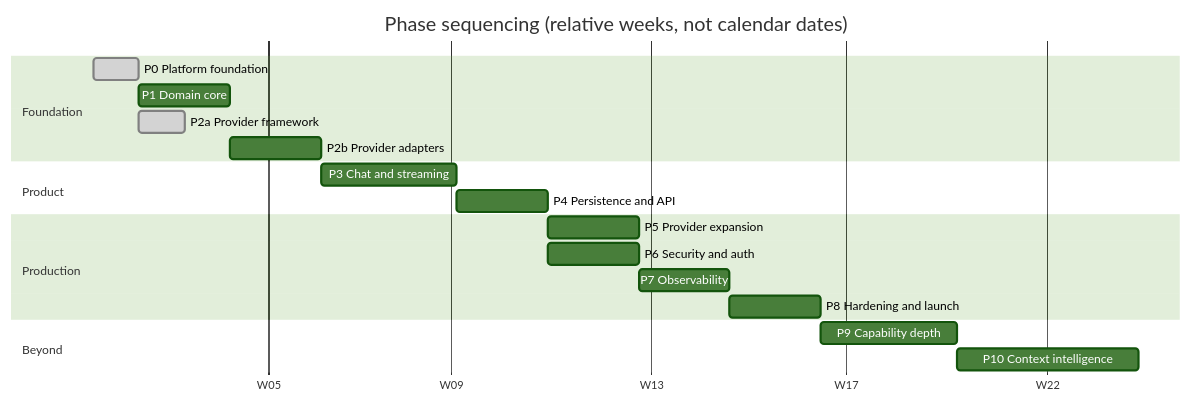
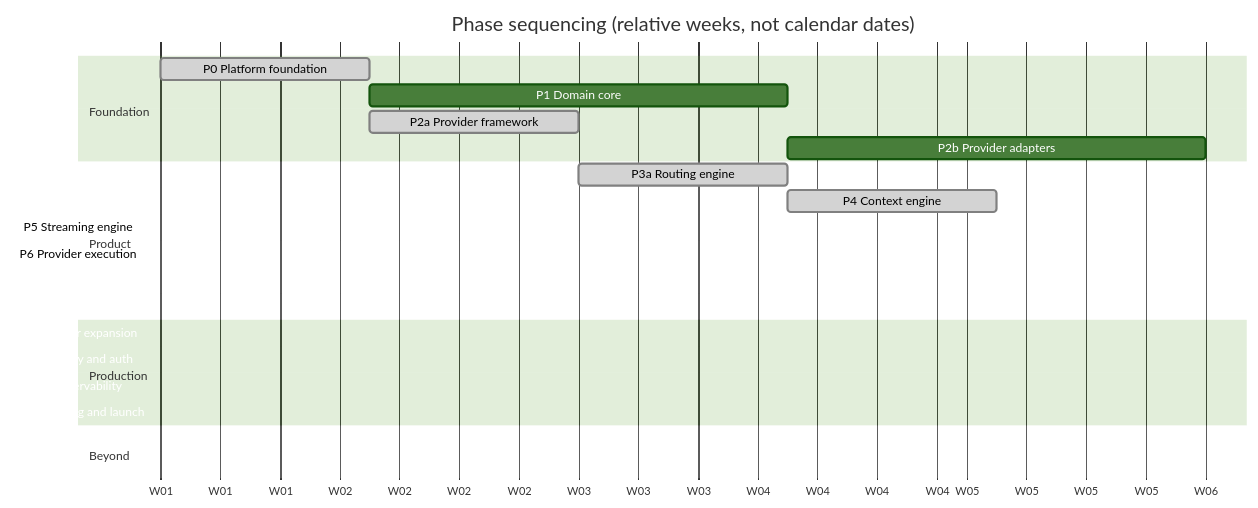
One commit to Omkar-Gavade/NovaGPT-Fullstack changed the diagram in docs/backend/14-roadmap.md. Above: the diagram before and after it, drawn with Mermaid (forest theme). The commit also changed other lines of this file and 217 other files, not shown here.

````diff
--- a/docs/backend/14-roadmap.md
+++ b/docs/backend/14-roadmap.md
@@ -18,22 +18,26 @@
 ```mermaid
 gantt
   title Phase sequencing (relative weeks, not calendar dates)
   dateFormat YYYY-MM-DD
   axisFormat W%U
   section Foundation
   P0 Platform foundation   :done, p0, 2026-01-05, 1w
   P1 Domain core           :p1, after p0, 2w
   P2a Provider framework   :done, p2a, after p0, 1w
   P2b Provider adapters    :p2b, after p1, 2w
   section Product
-  P3 Chat and streaming    :p3, after p2b, 3w
+  P3a Routing engine       :done, p3a, after p2a, 1w
+  P4 Context engine        :done, p4, after p3a, 1w
+  P5 Streaming engine      :done, p5, after p4, 1w
+  P6 Provider execution    :done, p6, after p5, 1w
+  P3b Chat endpoints       :p3, after p6, 2w
   P4 Persistence and API   :p4, after p3, 2w
   section Production
   P5 Provider expansion    :p5, after p4, 2w
   P6 Security and auth     :p6, after p4, 2w
   P7 Observability         :p7, after p6, 2w
   P8 Hardening and launch  :p8, after p7, 2w
   section Beyond
   P9 Capability depth      :p9, after p8, 3w
   P10 Context intelligence :p10, after p9, 4w
 ```
````
